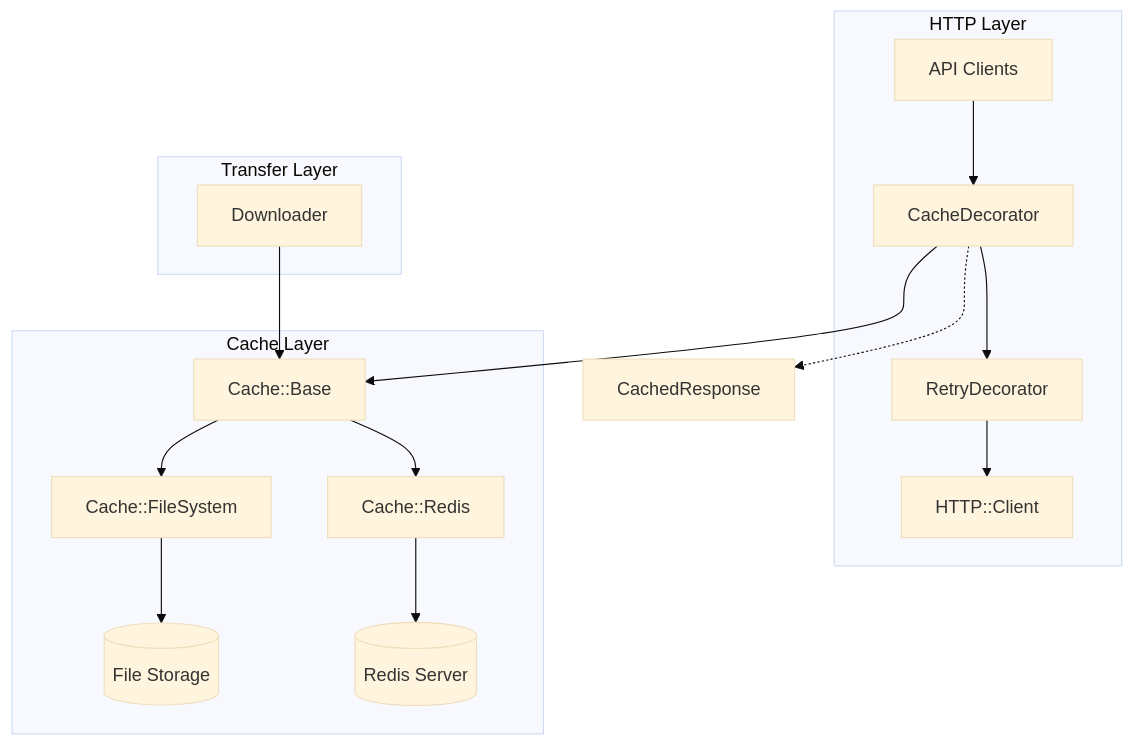
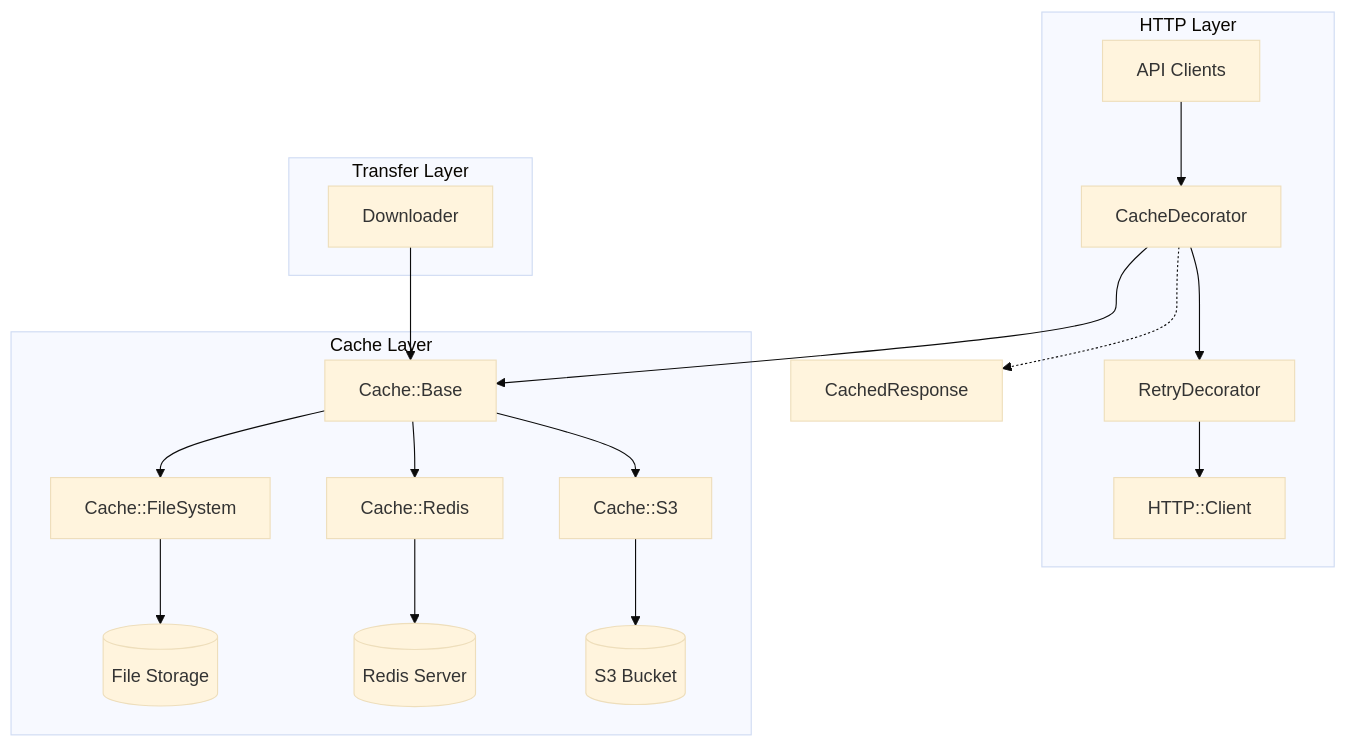
Before and after one commit to sakuro/factorix: the first of 2 diagrams in doc/components/cache.md, drawn with Mermaid (base theme). The commit also changed other lines of this file and 1 other file, not shown here.

First line of the commit message:
:memo: Restructure cache documentation

````diff
--- a/doc/components/cache.md
+++ b/doc/components/cache.md
@@ -23,22 +23,24 @@
 ```mermaid
 graph TD
     subgraph "HTTP Layer"
         API[API Clients] --> CacheDecorator
         CacheDecorator --> RetryDecorator
         RetryDecorator --> Client[HTTP::Client]
     end
 
     subgraph "Cache Layer"
         CacheDecorator --> Base[Cache::Base]
         Base --> FileSystem[Cache::FileSystem]
         Base --> Redis[Cache::Redis]
+        Base --> S3[Cache::S3]
         FileSystem --> Storage[(File Storage)]
         Redis --> RedisServer[(Redis Server)]
+        S3 --> S3Bucket[(S3 Bucket)]
     end
 
     subgraph "Transfer Layer"
         Downloader --> Base
     end
 
     CacheDecorator -.-> CachedResponse
 ```
````
